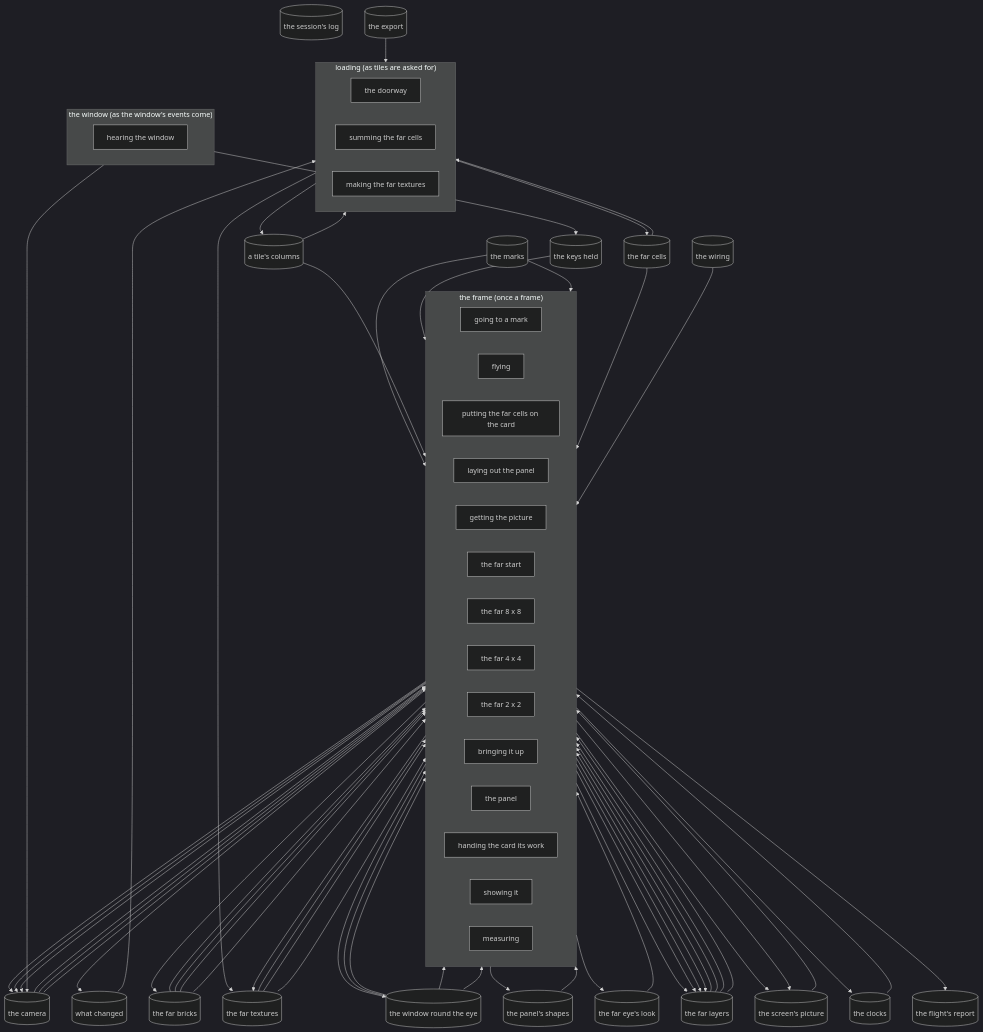
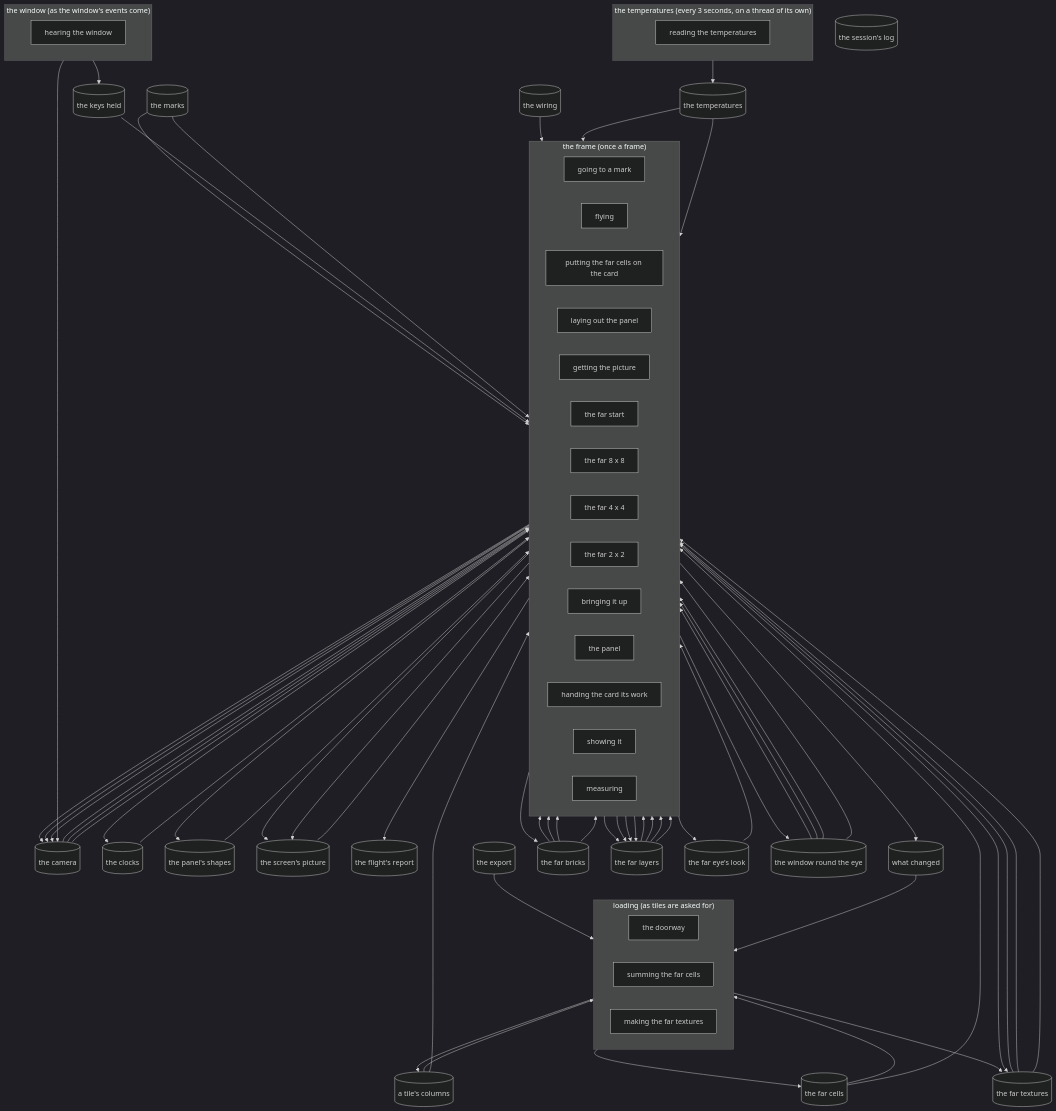
The diagram in master/map.md (david138collins/incus-artus), drawn with Mermaid (dark theme) before and after one commit. The commit also changed other lines of this file and 6 other files, not shown here.

````diff
--- a/master/map.md
+++ b/master/map.md
@@ -37,6 +37,10 @@
     pass_summing_the_far_cells["summing the far cells"]
     pass_making_the_far_textures["making the far textures"]
   end
+  subgraph lane_the_temperatures["the temperatures (every 3 seconds, on a thread of its own)"]
+    direction LR
+    pass_reading_the_temperatures["reading the temperatures"]
+  end
   store_the_keys_held[("the keys held")]
   store_the_camera[("the camera")]
   store_the_clocks[("the clocks")]
@@ -55,6 +59,7 @@
   store_the_far_eye_s_look[("the far eye's look")]
   store_the_far_textures[("the far textures")]
   store_the_window_round_the_eye[("the window round the eye")]
+  store_the_temperatures[("the temperatures")]
   pass_hearing_the_window --> store_the_keys_held
   pass_hearing_the_window --> store_the_camera
   store_the_marks --> pass_going_to_a_mark
@@ -72,6 +77,7 @@
   store_the_camera --> pass_laying_out_the_panel
   store_the_clocks --> pass_laying_out_the_panel
   store_the_wiring --> pass_laying_out_the_panel
+  store_the_temperatures --> pass_laying_out_the_panel
   pass_laying_out_the_panel --> store_the_panel_s_shapes
   pass_laying_out_the_panel --> store_the_camera
   pass_laying_out_the_panel --> store_the_far_eye_s_look
@@ -100,6 +106,7 @@
   pass_the_panel --> store_the_screen_s_picture
   store_the_screen_s_picture --> pass_showing_it
   store_the_window_round_the_eye --> pass_measuring
+  store_the_temperatures --> pass_measuring
   pass_measuring --> store_the_clocks
   pass_measuring --> store_the_flight_s_report
   store_the_export --> pass_the_doorway
@@ -109,4 +116,5 @@
   pass_summing_the_far_cells --> store_the_far_cells
   store_the_far_cells --> pass_making_the_far_textures
   pass_making_the_far_textures --> store_the_far_textures
+  pass_reading_the_temperatures --> store_the_temperatures
 ```
````
